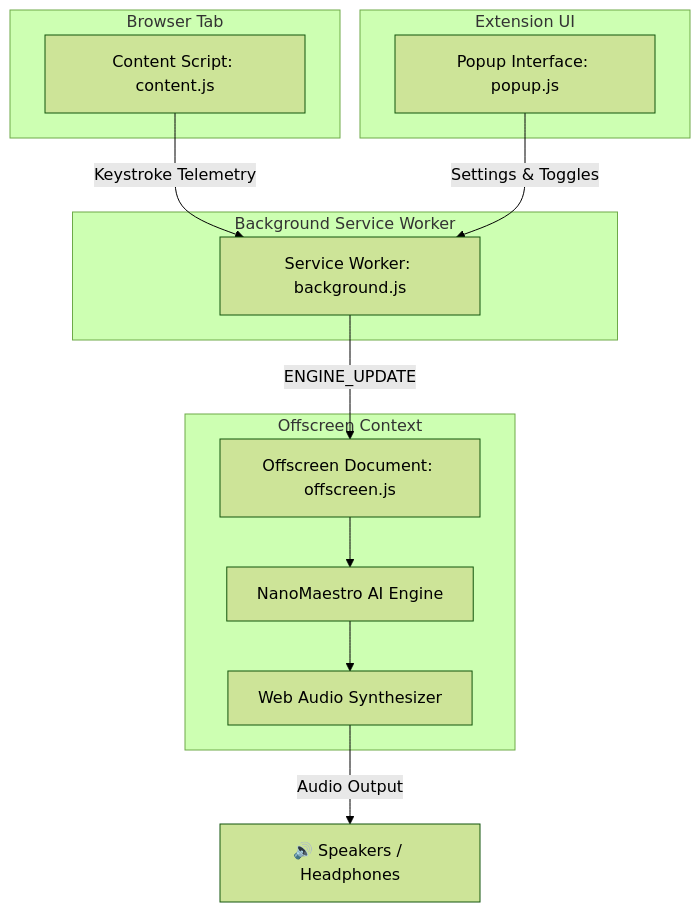
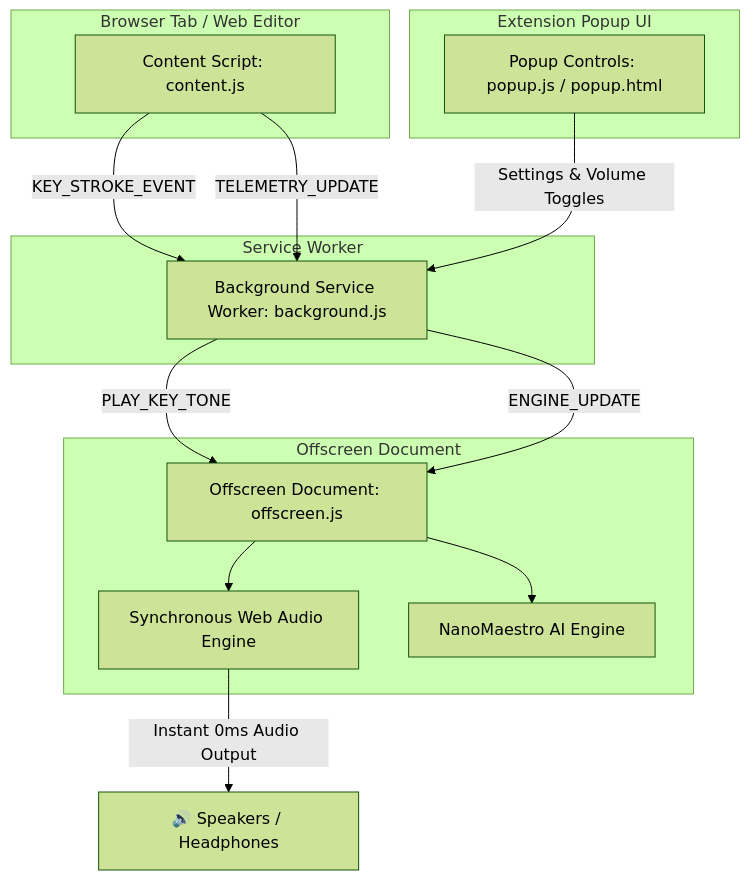
The diagram in README.md (anonyxhappie/TypeMaestro), drawn with Mermaid (forest theme) before and after one commit. The commit also changed other lines of this file, not shown here.

````diff
--- a/README.md
+++ b/README.md
@@ -41,27 +49,29 @@
 ```mermaid
 flowchart TD
-    subgraph Browser Tab
+    subgraph Browser Tab / Web Editor
         CS[Content Script: content.js]
     end
 
-    subgraph Background Service Worker
-        SW[Service Worker: background.js]
+    subgraph Service Worker
+        SW[Background Service Worker: background.js]
     end
 
-    subgraph Offscreen Context
+    subgraph Offscreen Document
         OFF[Offscreen Document: offscreen.js]
-        SYNTH[Web Audio Synthesizer]
+        SYNTH[Synchronous Web Audio Engine]
         AI[NanoMaestro AI Engine]
     end
 
-    subgraph Extension UI
-        POP[Popup Interface: popup.js]
+    subgraph Extension Popup UI
+        POP[Popup Controls: popup.js / popup.html]
     end
 
-    CS -->|Keystroke Telemetry| SW
+    CS -->|KEY_STROKE_EVENT| SW
+    SW -->|PLAY_KEY_TONE| OFF
+    CS -->|TELEMETRY_UPDATE| SW
     SW -->|ENGINE_UPDATE| OFF
-    POP -->|Settings & Toggles| SW
+    POP -->|Settings & Volume Toggles| SW
+    OFF --> SYNTH
     OFF --> AI
-    AI --> SYNTH
-    SYNTH -->|Audio Output| Speakers[🔊 Speakers / Headphones]
+    SYNTH -->|Instant 0ms Audio Output| Speakers[🔊 Speakers / Headphones]
 ```
````
